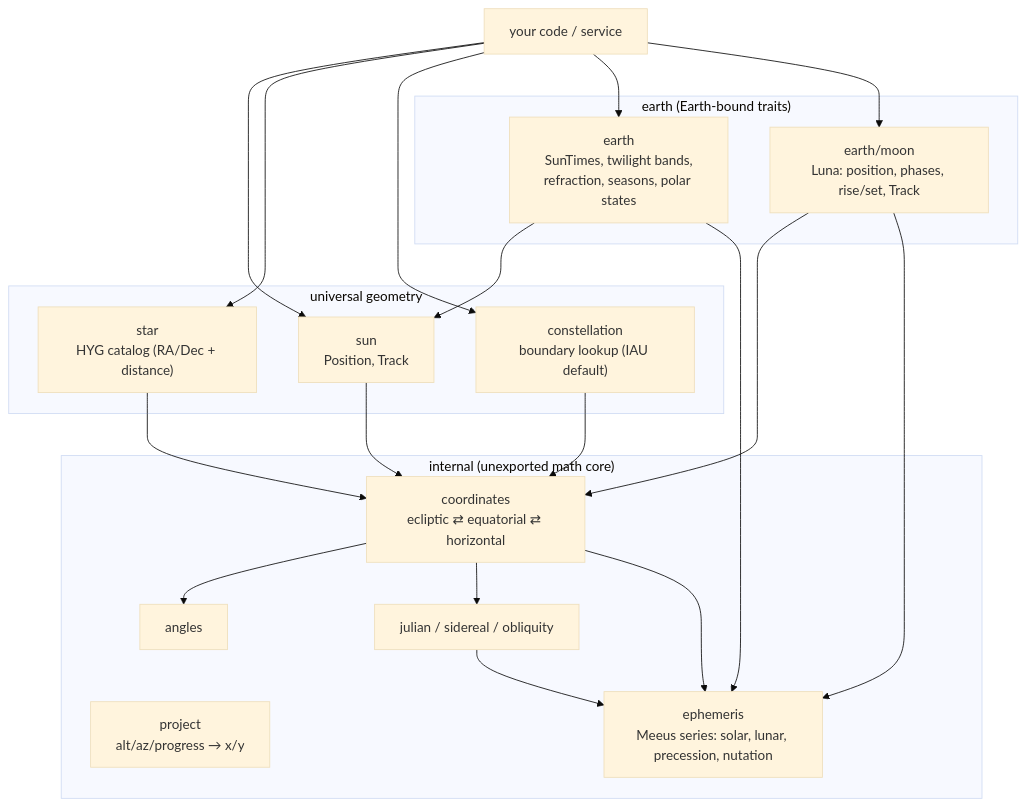
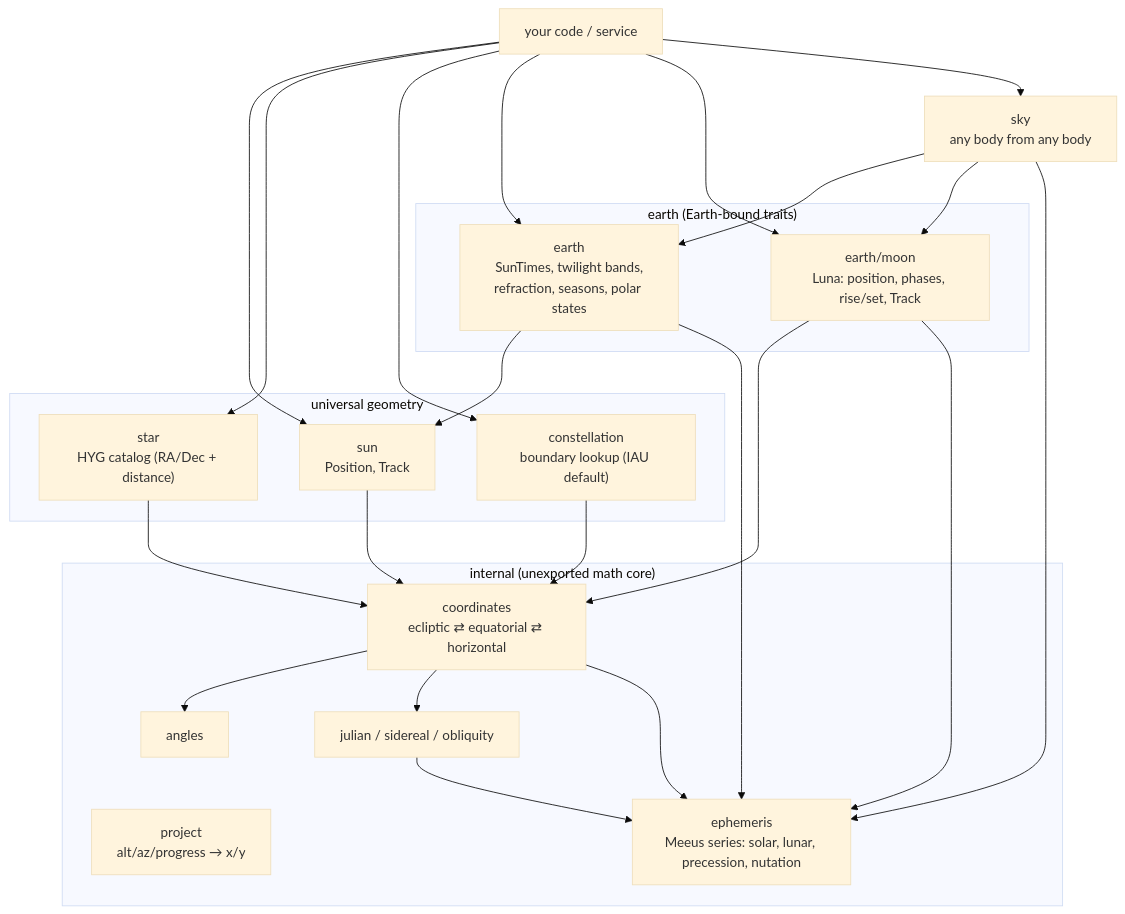
One commit to Bugs5382/go-astronomy changed the diagram in README.md. Above: the diagram before and after it, drawn with Mermaid (base theme). The commit also changed other lines of this file and 36 other files, not shown here.

````diff
--- a/README.md
+++ b/README.md
@@ -305,39 +328,43 @@
 ```mermaid
 flowchart TD
     subgraph universal["universal geometry"]
       SUN["sun<br/>Position, Track"]
       STAR["star<br/>HYG catalog (RA/Dec + distance)"]
       CONST["constellation<br/>boundary lookup (IAU default)"]
     end
 
     subgraph earthPkg["earth (Earth-bound traits)"]
       EARTH["earth<br/>SunTimes, twilight bands,<br/>refraction, seasons, polar states"]
       MOON["earth/moon<br/>Luna: position, phases, rise/set, Track"]
     end
 
     subgraph internalPkg["internal (unexported math core)"]
       ANG["angles"]
       JUL["julian / sidereal / obliquity"]
       COORD["coordinates<br/>ecliptic ⇄ equatorial ⇄ horizontal"]
       PROJ["project<br/>alt/az/progress → x/y"]
       EPH["ephemeris<br/>Meeus series: solar, lunar, precession, nutation"]
     end
 
     APP["your code / service"] --> SUN
     APP --> STAR
     APP --> CONST
     APP --> EARTH
     APP --> MOON
+    APP --> SKY["sky<br/>any body from any body"]
+    SKY --> EARTH
+    SKY --> MOON
+    SKY --> EPH
 
     EARTH --> SUN
     MOON --> COORD
     SUN --> COORD
     STAR --> COORD
     CONST --> COORD
     COORD --> ANG
     COORD --> JUL
     COORD --> EPH
     JUL --> EPH
     EARTH --> EPH
     MOON --> EPH
 ```
````
